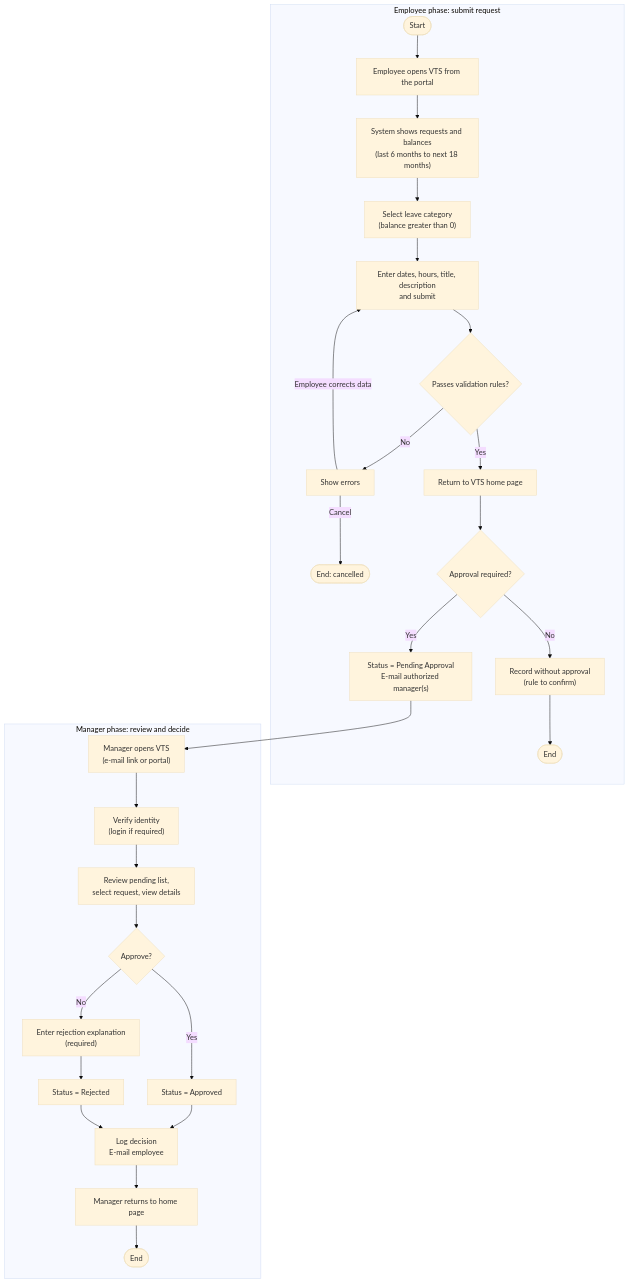
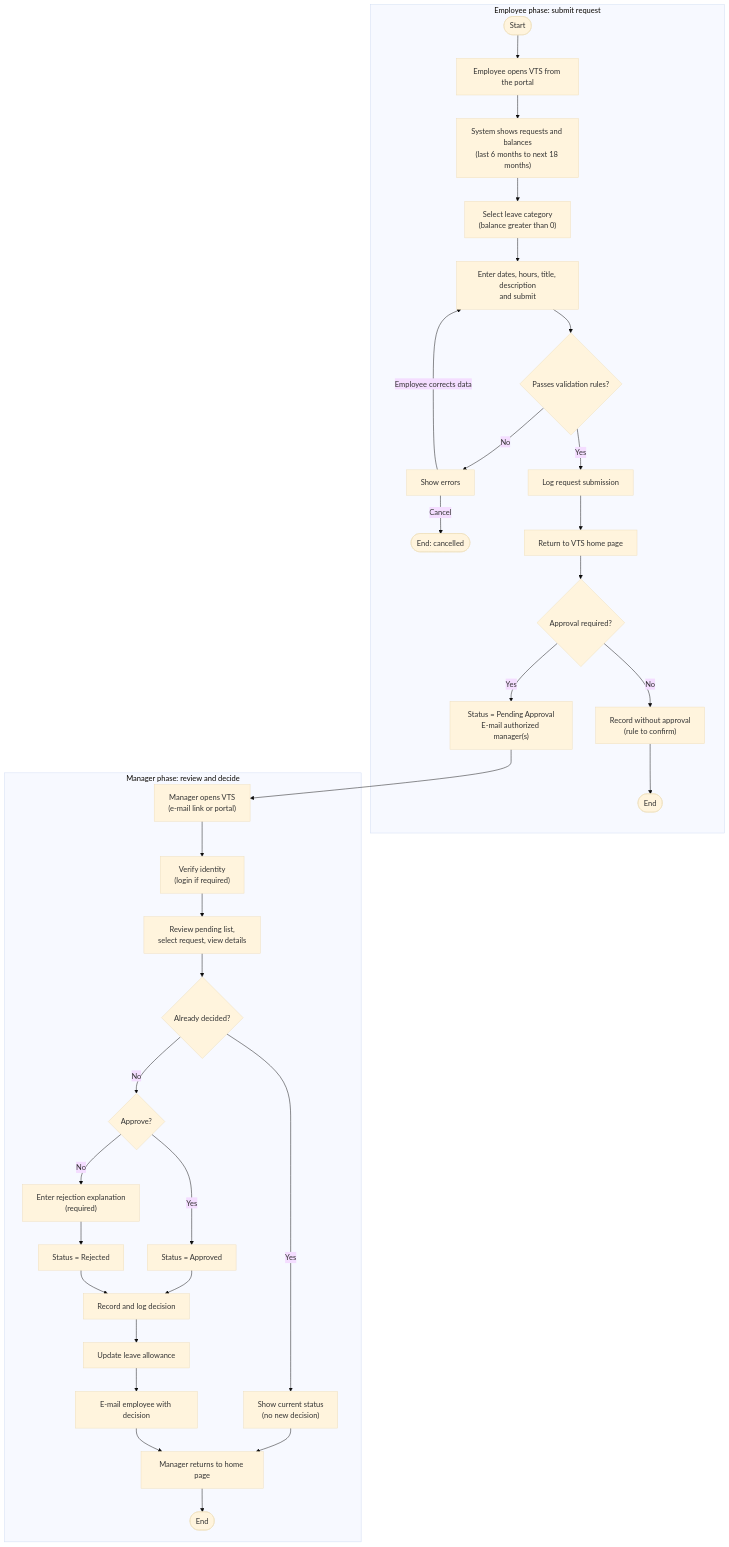
Before and after one commit to AhhmedNasser74/Vacation-Tracking-System: the second of 3 diagrams in README.md, drawn with Mermaid (base theme). The commit also changed other lines of this file, not shown here.

````diff
--- a/README.md
+++ b/README.md
@@ -248,34 +272,40 @@
 ```mermaid
 flowchart TD
     subgraph EMP["Employee phase: submit request"]
         S([Start]) --> A1["Employee opens VTS from the portal"]
         A1 --> A2["System shows requests and balances<br/>(last 6 months to next 18 months)"]
         A2 --> A3["Select leave category<br/>(balance greater than 0)"]
         A3 --> A4["Enter dates, hours, title, description<br/>and submit"]
         A4 --> D1{"Passes validation rules?"}
         D1 -- No --> E1["Show errors"]
         E1 -- Employee corrects data --> A4
         E1 -- Cancel --> X1([End: cancelled])
-        D1 -- Yes --> A5["Return to VTS home page"]
+        D1 -- Yes --> L1["Log request submission"]
+        L1 --> A5["Return to VTS home page"]
         A5 --> D2{"Approval required?"}
         D2 -- No --> N1["Record without approval<br/>(rule to confirm)"]
         N1 --> X2([End])
         D2 -- Yes --> A6["Status = Pending Approval<br/>E-mail authorized manager(s)"]
     end
 
     subgraph MGR["Manager phase: review and decide"]
         B1["Manager opens VTS<br/>(e-mail link or portal)"]
         B1 --> B2["Verify identity<br/>(login if required)"]
         B2 --> B3["Review pending list,<br/>select request, view details"]
-        B3 --> D3{"Approve?"}
+        B3 --> D4{"Already decided?"}
+        D4 -- Yes --> B9["Show current status<br/>(no new decision)"]
+        B9 --> B8
+        D4 -- No --> D3{"Approve?"}
         D3 -- Yes --> B4["Status = Approved"]
         D3 -- No --> B5["Enter rejection explanation<br/>(required)"]
         B5 --> B6["Status = Rejected"]
-        B4 --> B7["Log decision<br/>E-mail employee"]
-        B6 --> B7
+        B4 --> L2["Record and log decision"]
+        B6 --> L2
+        L2 --> U1["Update leave allowance"]
+        U1 --> B7["E-mail employee with decision"]
         B7 --> B8["Manager returns to home page"]
         B8 --> X3([End])
     end
 
     A6 --> B1
 ```
````
